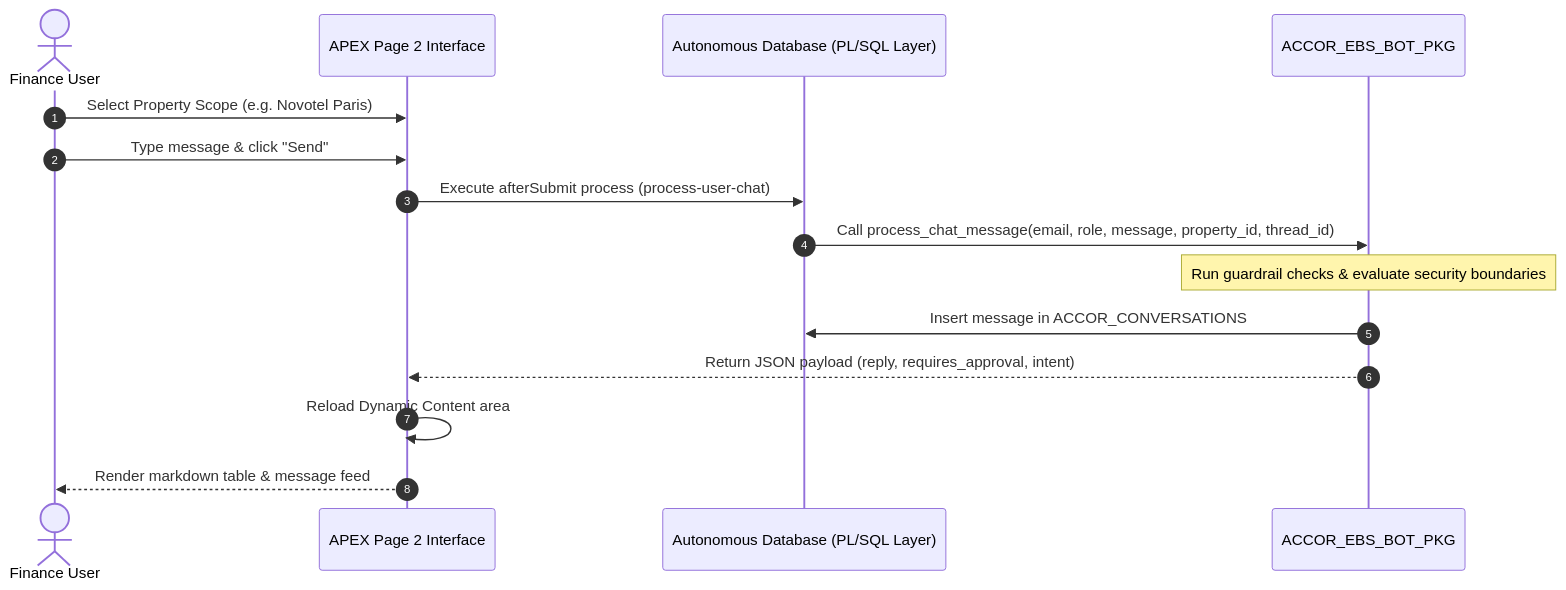
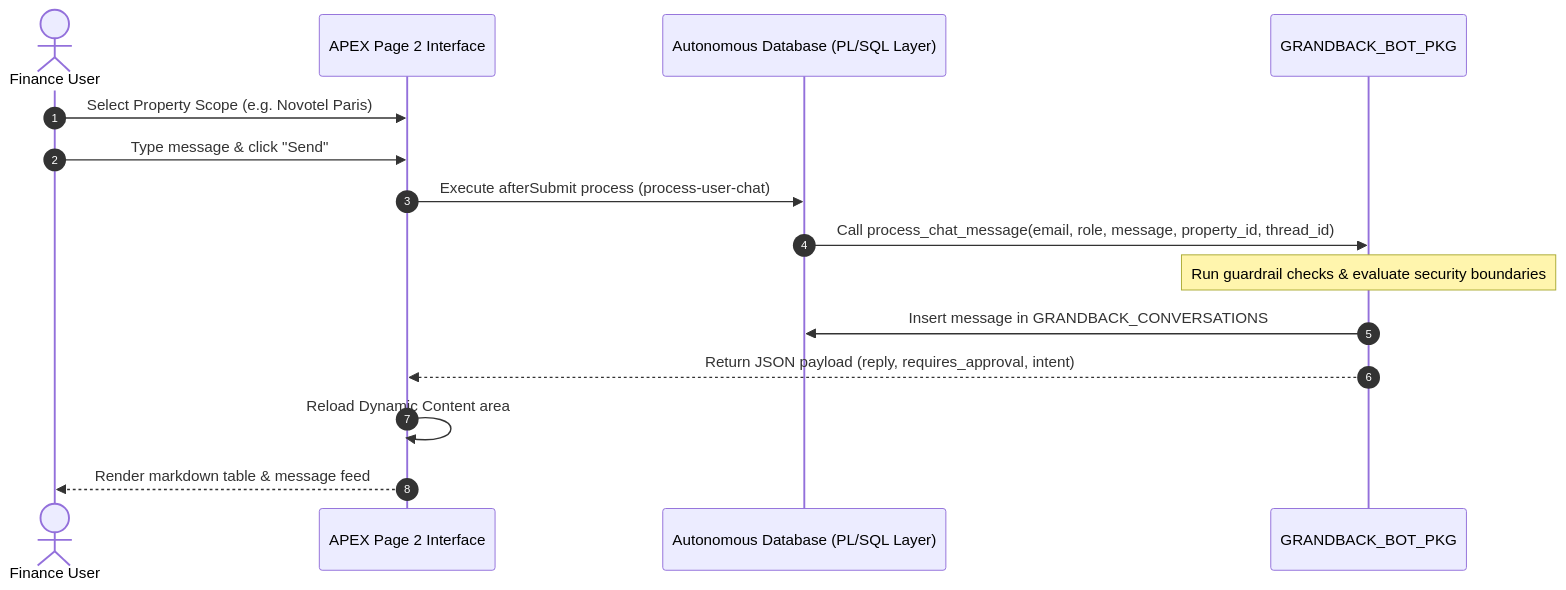
One commit to maniltns/ojas-apex-varient changed the second of 4 diagrams in Appflow.md. Above: the diagram before and after it, drawn with Mermaid. The commit also changed other lines of this file and 45 other files, not shown here.

Commit message:
feat: initialize Grandback EBS bot application and refactor schema to follow naming conventions

````diff
--- a/Appflow.md
+++ b/Appflow.md
@@ -33,18 +40,18 @@
 ```mermaid
 sequenceDiagram
     autonumber
     actor User as Finance User
     participant Page as APEX Page 2 Interface
     participant DB as Autonomous Database (PL/SQL Layer)
-    participant Bot as ACCOR_EBS_BOT_PKG
+    participant Bot as GRANDBACK_BOT_PKG
 
     User->>Page: Select Property Scope (e.g. Novotel Paris)
     User->>Page: Type message & click "Send"
     Page->>DB: Execute afterSubmit process (process-user-chat)
     DB->>Bot: Call process_chat_message(email, role, message, property_id, thread_id)
     Note over Bot: Run guardrail checks & evaluate security boundaries
-    Bot->>DB: Insert message in ACCOR_CONVERSATIONS
+    Bot->>DB: Insert message in GRANDBACK_CONVERSATIONS
     Bot-->>Page: Return JSON payload (reply, requires_approval, intent)
     Page->>Page: Reload Dynamic Content area
     Page-->>User: Render markdown table & message feed
 ```
````
